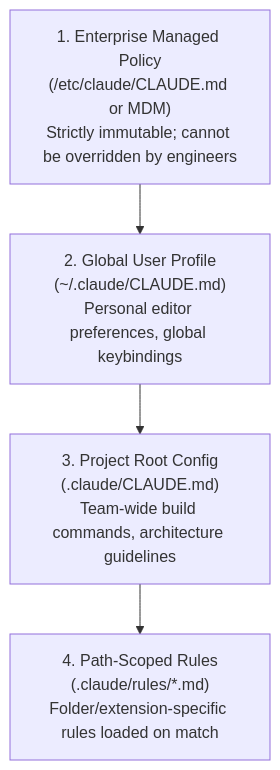
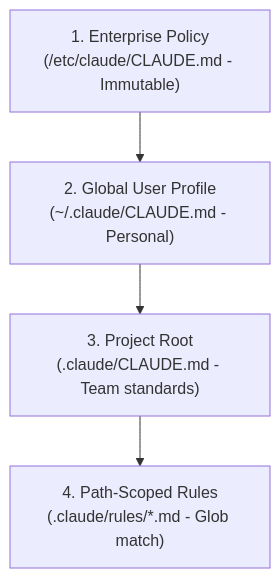
One commit to dip4k/claude_cert_architect_foundation_prep changed the second of 3 diagrams in scenarios/scenario_2_code_generation/SCENARIO_GUIDE.md. Above: the diagram before and after it, drawn with Mermaid. The commit also changed other lines of this file and 30 other files, not shown here.

Commit message:
docs: enhance domain and scenario guides with exam rules, golden rules, and simplified GitHub mermaid diagrams

````diff
--- a/scenarios/scenario_2_code_generation/SCENARIO_GUIDE.md
+++ b/scenarios/scenario_2_code_generation/SCENARIO_GUIDE.md
@@ -27,6 +77,8 @@
 ```mermaid
 flowchart TD
-    Enterprise["1. Enterprise Managed Policy<br/>(/etc/claude/CLAUDE.md or MDM)<br/>Strictly immutable; cannot be overridden by engineers"] --> User["2. Global User Profile<br/>(~/.claude/CLAUDE.md)<br/>Personal editor preferences, global keybindings"]
-    User --> Project["3. Project Root Config<br/>(.claude/CLAUDE.md)<br/>Team-wide build commands, architecture guidelines"]
-    Project --> PathScoped["4. Path-Scoped Rules<br/>(.claude/rules/*.md)<br/>Folder/extension-specific rules loaded on match"]
+    Enterprise["1. Enterprise Policy<br/>(/etc/claude/CLAUDE.md - Immutable)"]
+    User["2. Global User Profile<br/>(~/.claude/CLAUDE.md - Personal)"]
+    Project["3. Project Root<br/>(.claude/CLAUDE.md - Team standards)"]
+    PathScoped["4. Path-Scoped Rules<br/>(.claude/rules/*.md - Glob match)"]
+    Enterprise --> User --> Project --> PathScoped
 ```
````
